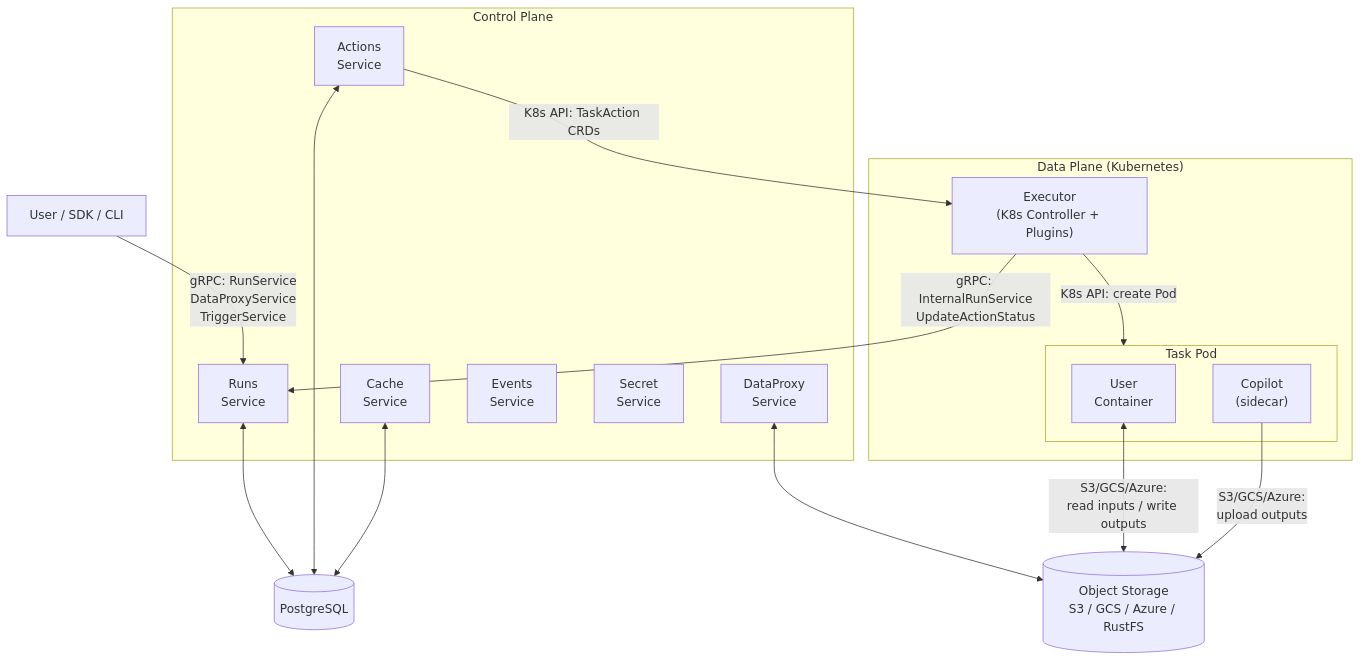
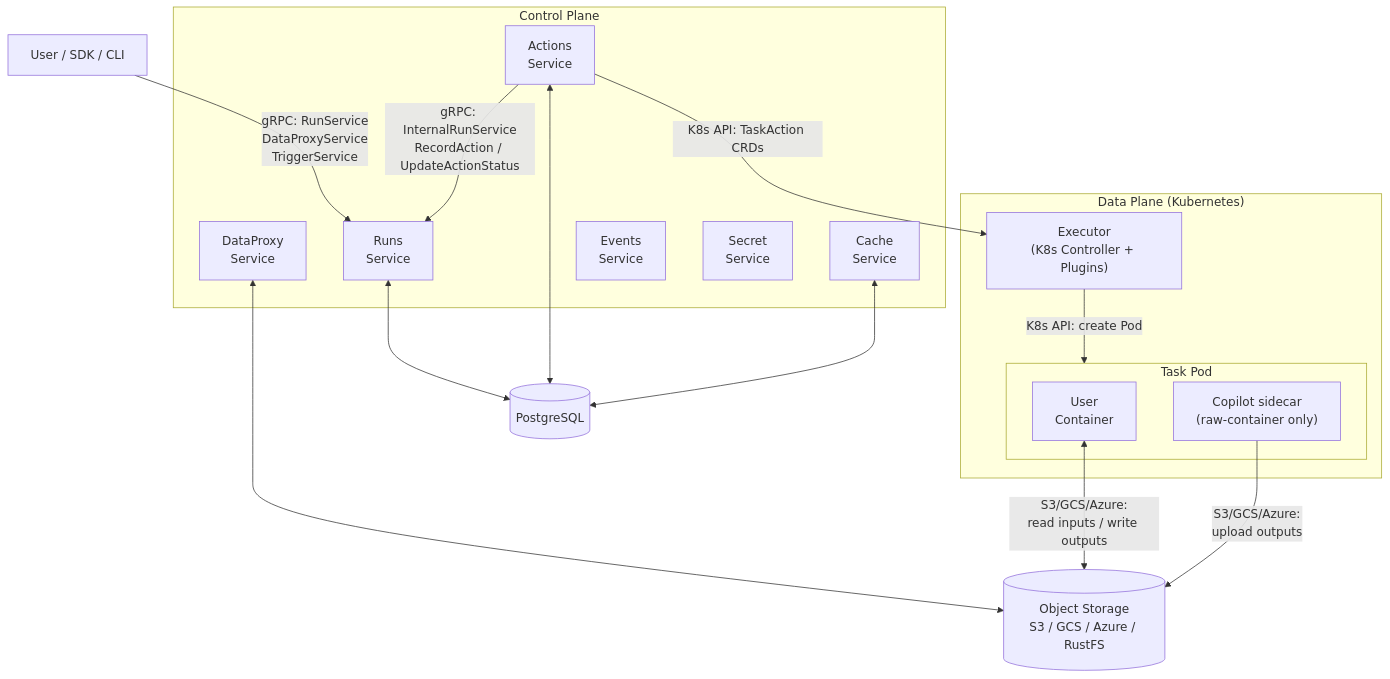
One commit to flyteorg/flyte changed the first of 4 diagrams in docs/architecture.md. Above: the diagram before and after it, drawn with Mermaid. The commit also changed other lines of this file, not shown here.

First line of the commit message:
Fix InternalRunService callers and Copilot scope

````diff
--- a/docs/architecture.md
+++ b/docs/architecture.md
@@ -41,35 +41,35 @@
 ```mermaid
 flowchart TB
     Client["User / SDK / CLI"]
 
     subgraph ControlPlane["Control Plane"]
         Runs["Runs<br/>Service"]
         Actions["Actions<br/>Service"]
         DataProxy["DataProxy<br/>Service"]
         Cache["Cache<br/>Service"]
         Events["Events<br/>Service"]
         Secret["Secret<br/>Service"]
     end
 
     DB[("PostgreSQL")]
     Storage[("Object Storage<br/>S3 / GCS / Azure / RustFS")]
 
     subgraph DataPlane["Data Plane (Kubernetes)"]
         Executor["Executor<br/>(K8s Controller + Plugins)"]
         subgraph Pod["Task Pod"]
             User["User<br/>Container"]
-            Copilot["Copilot<br/>(sidecar)"]
+            Copilot["Copilot sidecar<br/>(raw-container only)"]
         end
     end
 
     Client -- "gRPC: RunService<br/>DataProxyService<br/>TriggerService" --> Runs
     Runs <--> DB
     Actions <--> DB
     Cache <--> DB
     DataProxy <--> Storage
     Actions -- "K8s API: TaskAction CRDs" --> Executor
     Executor -- "K8s API: create Pod" --> Pod
     User <-- "S3/GCS/Azure:<br/>read inputs / write outputs" --> Storage
     Copilot -- "S3/GCS/Azure:<br/>upload outputs" --> Storage
-    Executor -- "gRPC: InternalRunService<br/>UpdateActionStatus" --> Runs
+    Actions -- "gRPC: InternalRunService<br/>RecordAction / UpdateActionStatus" --> Runs
 ```
````
